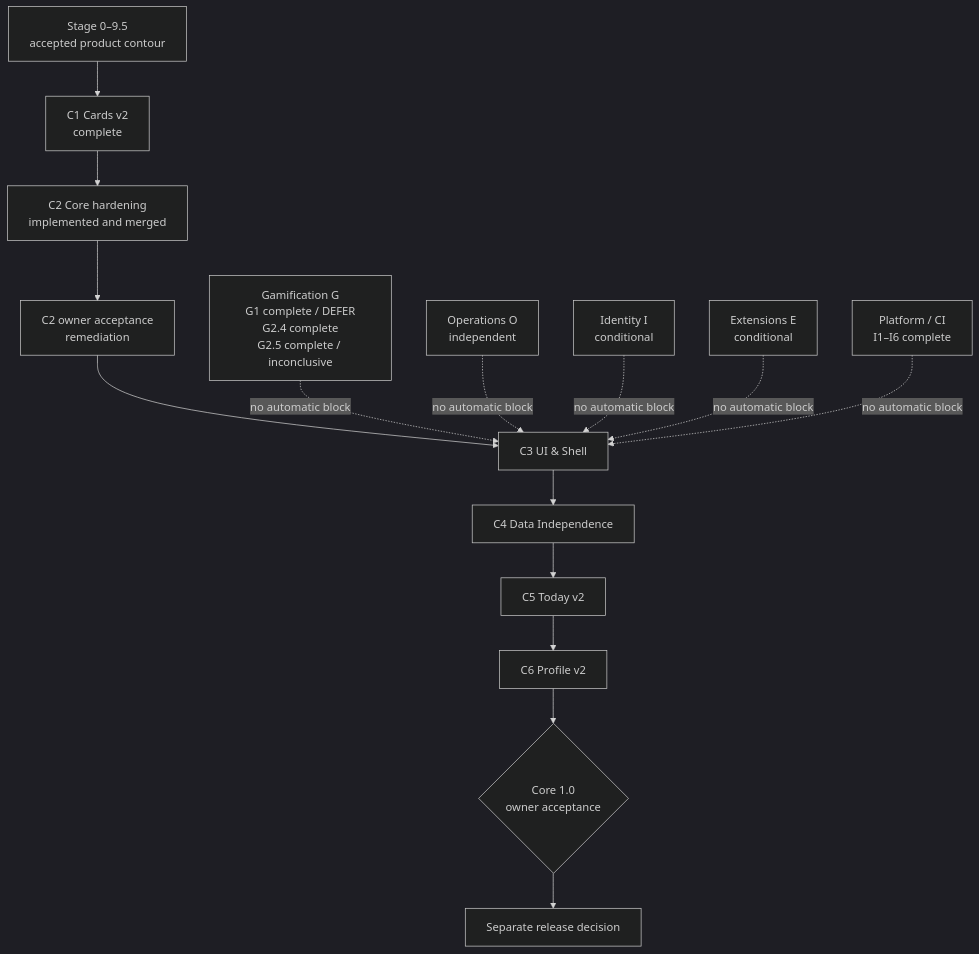
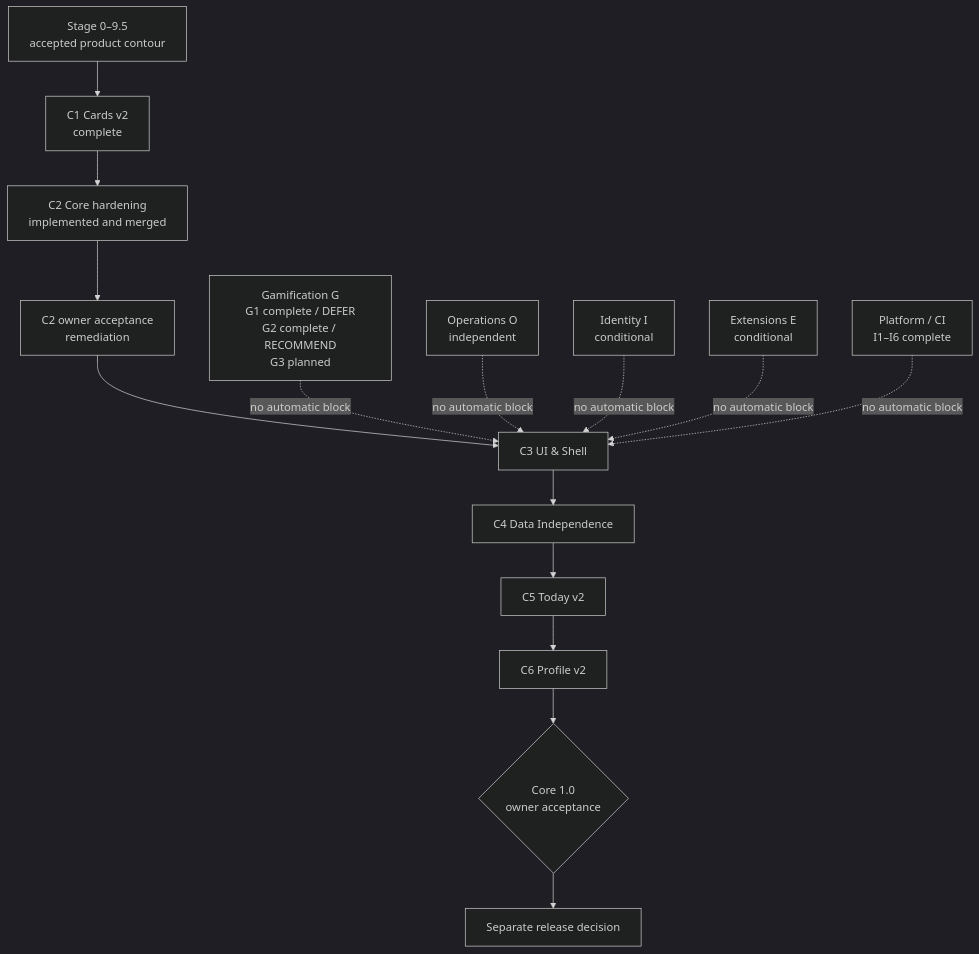
One commit to AliceLiddell01/anki-study-report changed the diagram in roadmap/README.md. Above: the diagram before and after it, drawn with Mermaid (dark theme). The commit also changed other lines of this file, not shown here.

Commit message:
Synchronize the root roadmap after G2 closure

````diff
--- a/roadmap/README.md
+++ b/roadmap/README.md
@@ -9,24 +9,24 @@
 ```mermaid
 flowchart TB
     S[Stage 0–9.5<br/>accepted product contour] --> C1[C1 Cards v2<br/>complete]
     C1 --> C2[C2 Core hardening<br/>implemented and merged]
     C2 --> A[C2 owner acceptance<br/>remediation]
     A --> C3[C3 UI & Shell]
     C3 --> C4[C4 Data Independence]
     C4 --> C5[C5 Today v2]
     C5 --> C6[C6 Profile v2]
     C6 --> R{Core 1.0<br/>owner acceptance}
     R --> REL[Separate release decision]
 
-    G[Gamification G<br/>G1 complete / DEFER<br/>G2.4 complete<br/>G2.5 complete / inconclusive]
+    G[Gamification G<br/>G1 complete / DEFER<br/>G2 complete / RECOMMEND<br/>G3 planned]
     O[Operations O<br/>independent]
     I[Identity I<br/>conditional]
     E[Extensions E<br/>conditional]
     P[Platform / CI<br/>I1–I6 complete]
 
     G -. no automatic block .-> C3
     O -. no automatic block .-> C3
     I -. no automatic block .-> C3
     E -. no automatic block .-> C3
     P -. no automatic block .-> C3
 ```
````
